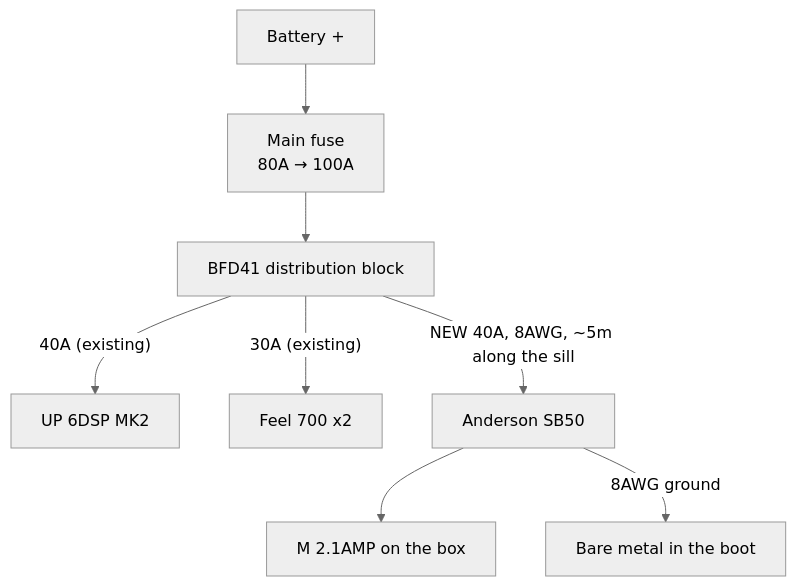
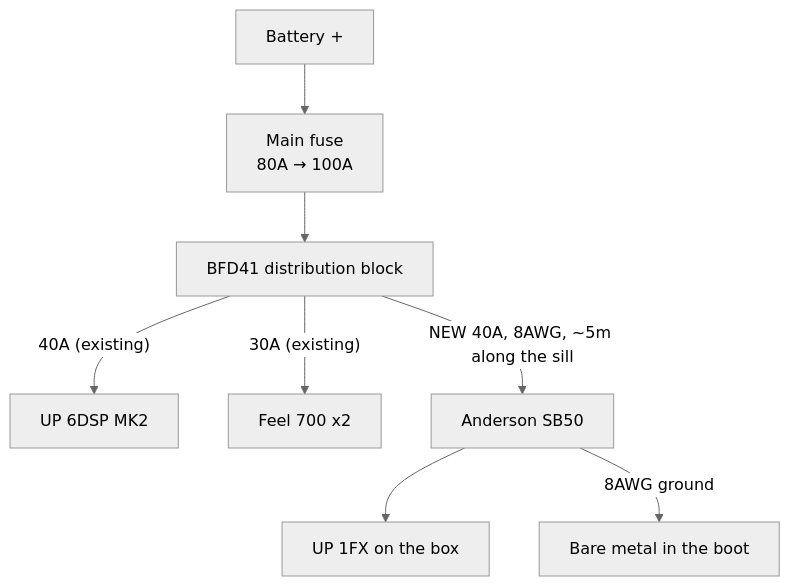
One commit to badsyntax/jimny-sound changed the first of 2 diagrams in SUB-UPGRADE.md. Above: the diagram before and after it, drawn with Mermaid (neutral theme). The commit also changed other lines of this file and 5 other files, not shown here.

First line of the commit message:
Boot sub plan: UP 1FX as the main amp, on the box end wall

````diff
--- a/SUB-UPGRADE.md
+++ b/SUB-UPGRADE.md
@@ -170,10 +169,10 @@
 ```mermaid
 flowchart TD
     BAT["Battery +"] --> FFH["Main fuse<br/>80A → 100A"]
     FFH --> BFD["BFD41 distribution block"]
     BFD -->|"40A (existing)"| AMP["UP 6DSP MK2"]
     BFD -->|"30A (existing)"| FEEL["Feel 700 x2"]
     BFD -->|"NEW 40A, 8AWG, ~5m along the sill"| SB["Anderson SB50"]
-    SB --> M21["M 2.1AMP on the box"]
+    SB --> FX["UP 1FX on the box"]
     SB -->|"8AWG ground"| GND["Bare metal in the boot"]
 ```
````
